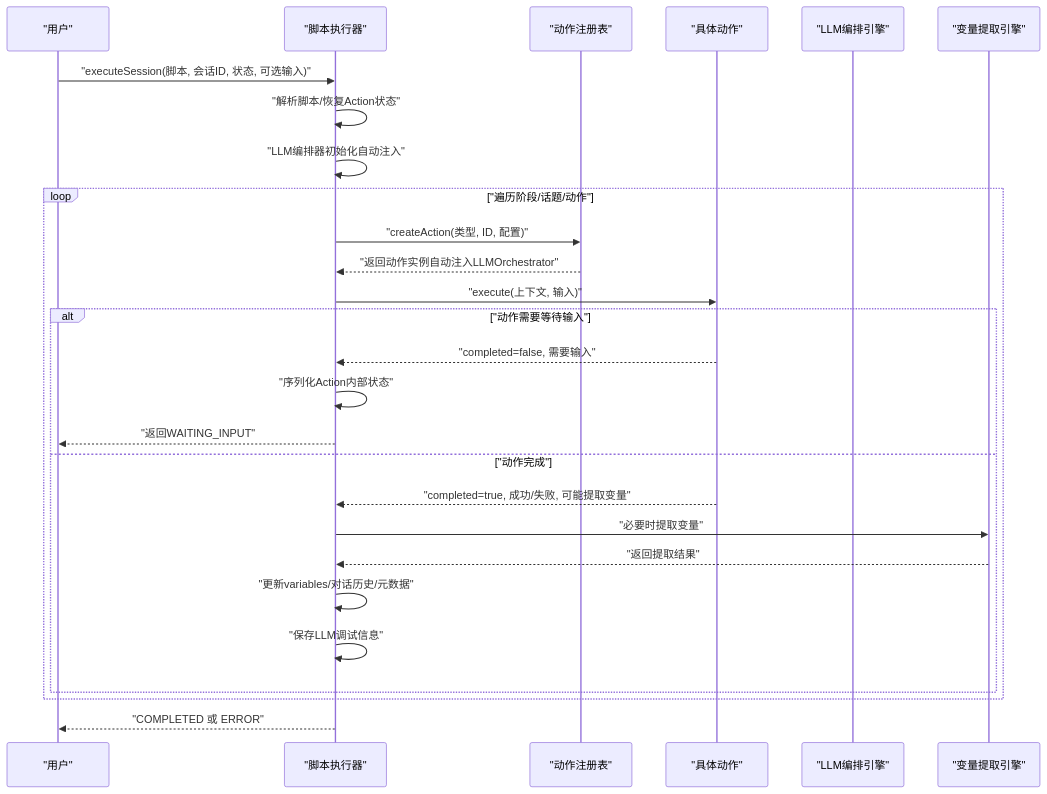
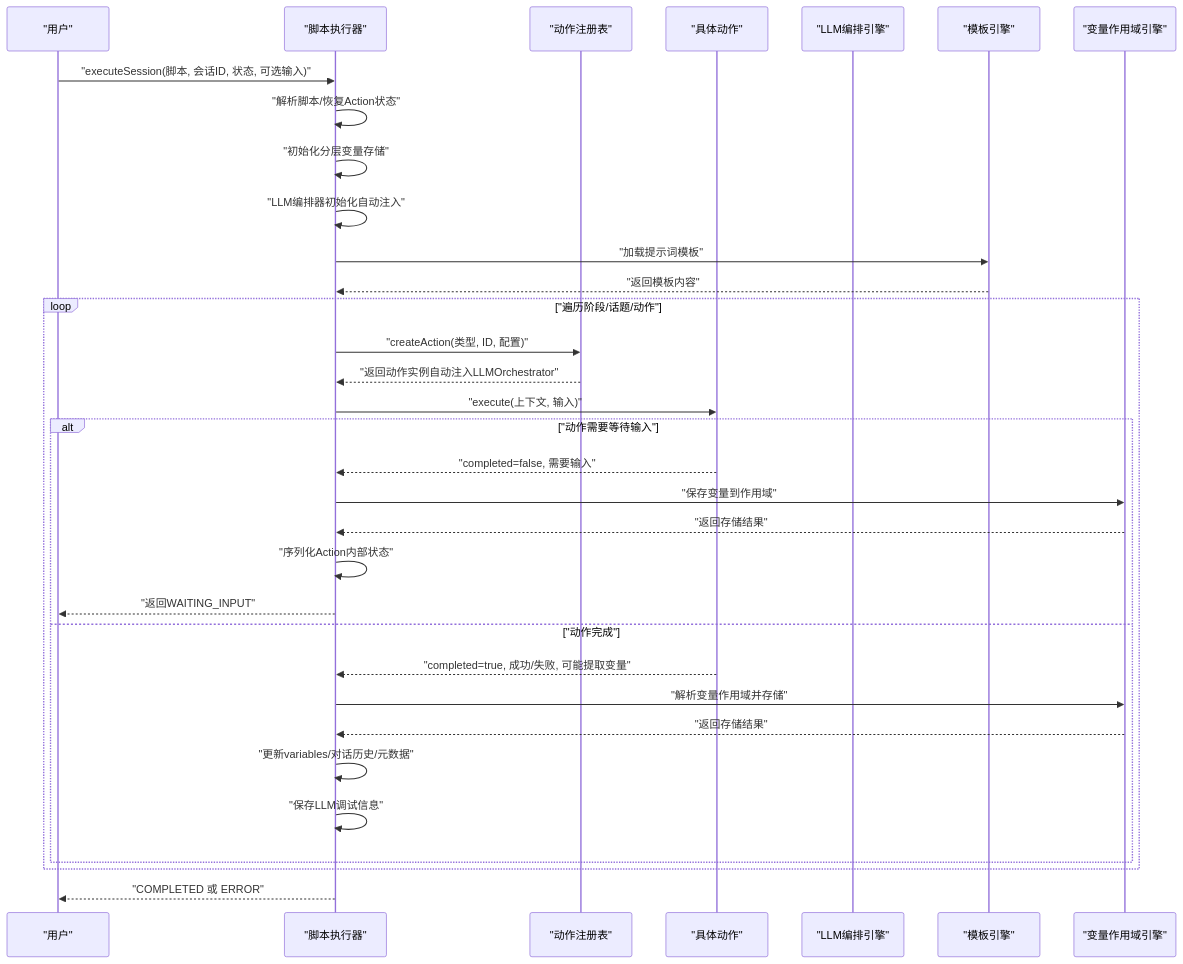
Before and after one commit to EverettCamus/HeartRule-Qoder: the third of 8 diagrams in .qoder/repowiki/zh/content/核心引擎系统/核心引擎系统.md, drawn with Mermaid. The commit also changed other lines of this file and 31 other files, not shown here.

````diff
--- a/.qoder/repowiki/zh/content/核心引擎系统/核心引擎系统.md
+++ b/.qoder/repowiki/zh/content/核心引擎系统/核心引擎系统.md
@@ -148,29 +173,35 @@
 ```mermaid
 sequenceDiagram
 participant U as "用户"
 participant SE as "脚本执行器"
 participant AR as "动作注册表"
 participant AC as "具体动作"
 participant LO as "LLM编排引擎"
-participant VE as "变量提取引擎"
+participant TE as "模板引擎"
+participant VSR as "变量作用域引擎"
 U->>SE : "executeSession(脚本, 会话ID, 状态, 可选输入)"
 SE->>SE : "解析脚本/恢复Action状态"
+SE->>SE : "初始化分层变量存储"
 SE->>SE : "LLM编排器初始化自动注入"
+SE->>TE : "加载提示词模板"
+TE-->>SE : "返回模板内容"
 loop "遍历阶段/话题/动作"
 SE->>AR : "createAction(类型, ID, 配置)"
 AR-->>SE : "返回动作实例自动注入LLMOrchestrator"
 SE->>AC : "execute(上下文, 输入)"
 alt "动作需要等待输入"
 AC-->>SE : "completed=false, 需要输入"
+SE->>VSR : "保存变量到作用域"
+VSR-->>SE : "返回存储结果"
 SE->>SE : "序列化Action内部状态"
 SE-->>U : "返回WAITING_INPUT"
 else "动作完成"
 AC-->>SE : "completed=true, 成功/失败, 可能提取变量"
-SE->>VE : "必要时提取变量"
-VE-->>SE : "返回提取结果"
+SE->>VSR : "解析变量作用域并存储"
+VSR-->>SE : "返回存储结果"
 SE->>SE : "更新variables/对话历史/元数据"
 SE->>SE : "保存LLM调试信息"
 end
 end
 SE-->>U : "COMPLETED 或 ERROR"
 ```
````
